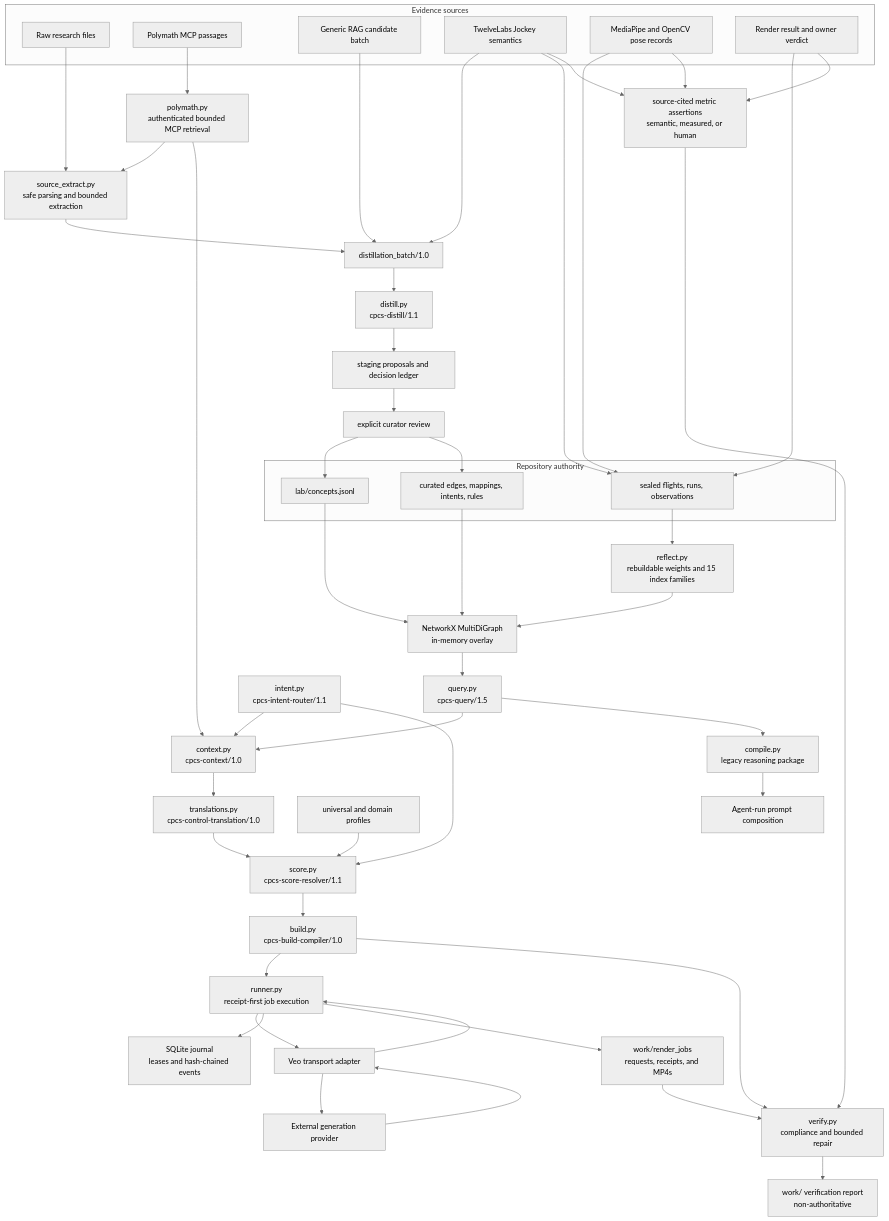
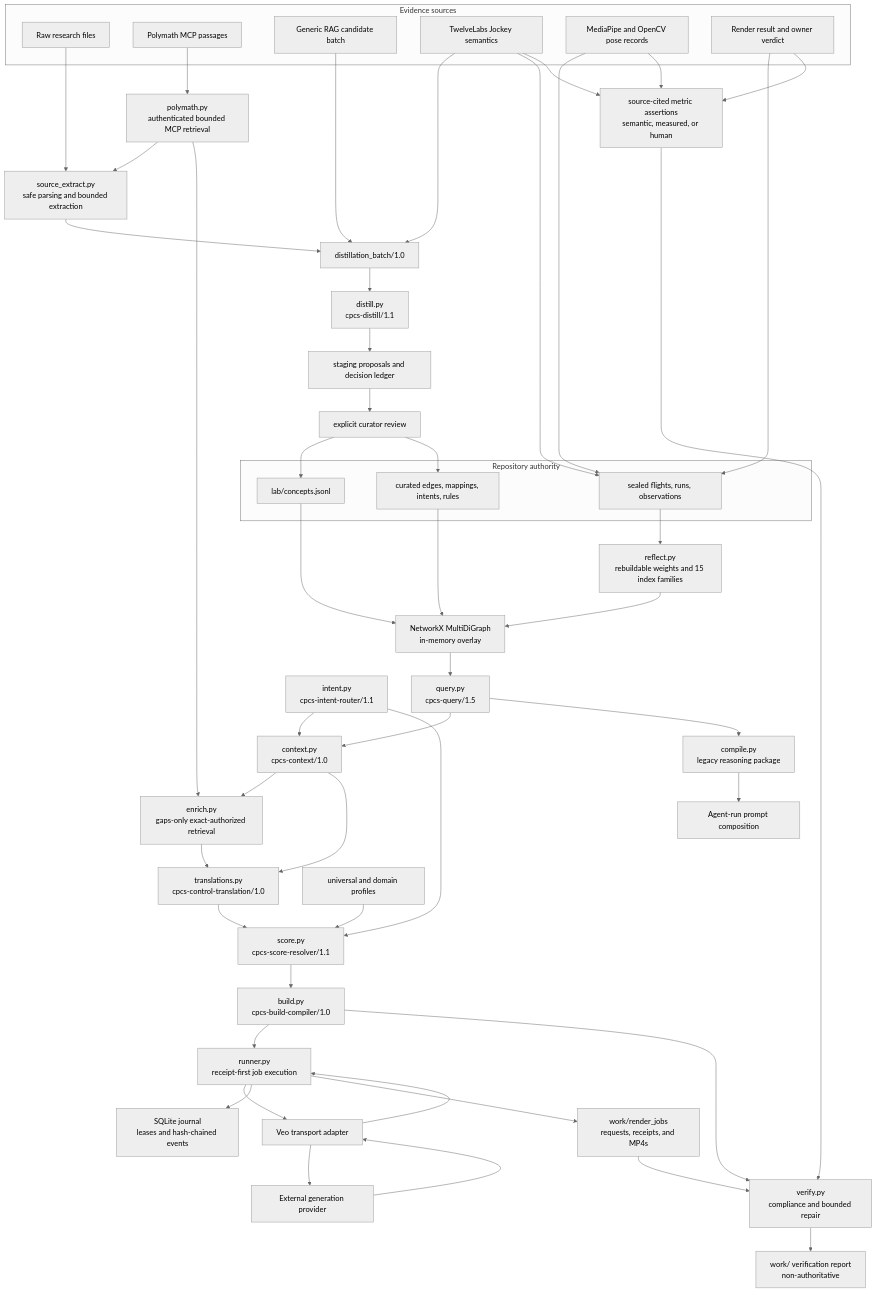
Before and after one commit to Kingsley-Cyber/ai-video-movement-prompt-system: the second of 3 diagrams in ARCHITECTURE.md, drawn with Mermaid (neutral theme). The commit also changed other lines of this file and 23 other files, not shown here.

First line of the commit message:
Add gap-only context enrichment

````diff
--- a/ARCHITECTURE.md
+++ b/ARCHITECTURE.md
@@ -583,77 +585,79 @@
 ```mermaid
 flowchart TB
     subgraph Sources["Evidence sources"]
         Raw["Raw research files"]
         Poly["Polymath MCP passages"]
         Generic["Generic RAG candidate batch"]
         Jockey["TwelveLabs Jockey semantics"]
         Pose["MediaPipe and OpenCV pose records"]
         Verdict["Render result and owner verdict"]
     end
 
     PolyRetrieve["polymath.py\nauthenticated bounded MCP retrieval"]
     SourceExtract["source_extract.py\nsafe parsing and bounded extraction"]
     Batch["distillation_batch/1.0"]
     Distill["distill.py\ncpcs-distill/1.1"]
     Staging["staging proposals and decision ledger"]
     Review["explicit curator review"]
 
     subgraph Authority["Repository authority"]
         Concepts["lab/concepts.jsonl"]
         Curated["curated edges, mappings, intents, rules"]
         Immutable["sealed flights, runs, observations"]
     end
 
     Reflect["reflect.py\nrebuildable weights and 15 index families"]
     Graph["NetworkX MultiDiGraph\nin-memory overlay"]
     Query["query.py\ncpcs-query/1.5"]
     Context["context.py\ncpcs-context/1.0"]
+    Enrich["enrich.py\ngaps-only exact-authorized retrieval"]
     Intent["intent.py\ncpcs-intent-router/1.1"]
     Translate["translations.py\ncpcs-control-translation/1.0"]
     Profiles["universal and domain profiles"]
     Score["score.py\ncpcs-score-resolver/1.1"]
     Compile["compile.py\nlegacy reasoning package"]
     Build["build.py\ncpcs-build-compiler/1.0"]
     Runner["runner.py\nreceipt-first job execution"]
     Journal["SQLite journal\nleases and hash-chained events"]
     Adapter["Veo transport adapter"]
     Artifacts["work/render_jobs\nrequests, receipts, and MP4s"]
     Evidence["source-cited metric assertions\nsemantic, measured, or human"]
     Verify["verify.py\ncompliance and bounded repair"]
     Diagnostics["work/ verification report\nnon-authoritative"]
     ManualPrompt["Agent-run prompt composition"]
     Provider["External generation provider"]
 
     Raw --> SourceExtract --> Batch
     Poly --> PolyRetrieve
     PolyRetrieve --> SourceExtract
-    PolyRetrieve --> Context
+    PolyRetrieve --> Enrich
     Generic --> Batch
     Jockey --> Batch
     Batch --> Distill --> Staging --> Review
     Review --> Concepts
     Review --> Curated
     Jockey --> Immutable
     Pose --> Immutable
     Verdict --> Immutable
     Immutable --> Reflect
     Reflect --> Graph
     Concepts --> Graph
     Curated --> Graph
-    Graph --> Query --> Context
+    Graph --> Query --> Context --> Enrich
     Intent --> Context
     Intent --> Score
     Context --> Translate --> Score
+    Enrich --> Translate
     Profiles --> Score
     Score --> Build --> Runner --> Adapter --> Provider
     Provider --> Adapter --> Runner
     Runner --> Journal
     Runner --> Artifacts
     Jockey --> Evidence
     Pose --> Evidence
     Verdict --> Evidence
     Build --> Verify
     Artifacts --> Verify
     Evidence --> Verify --> Diagnostics
     Query --> Compile --> ManualPrompt
 ```
````
